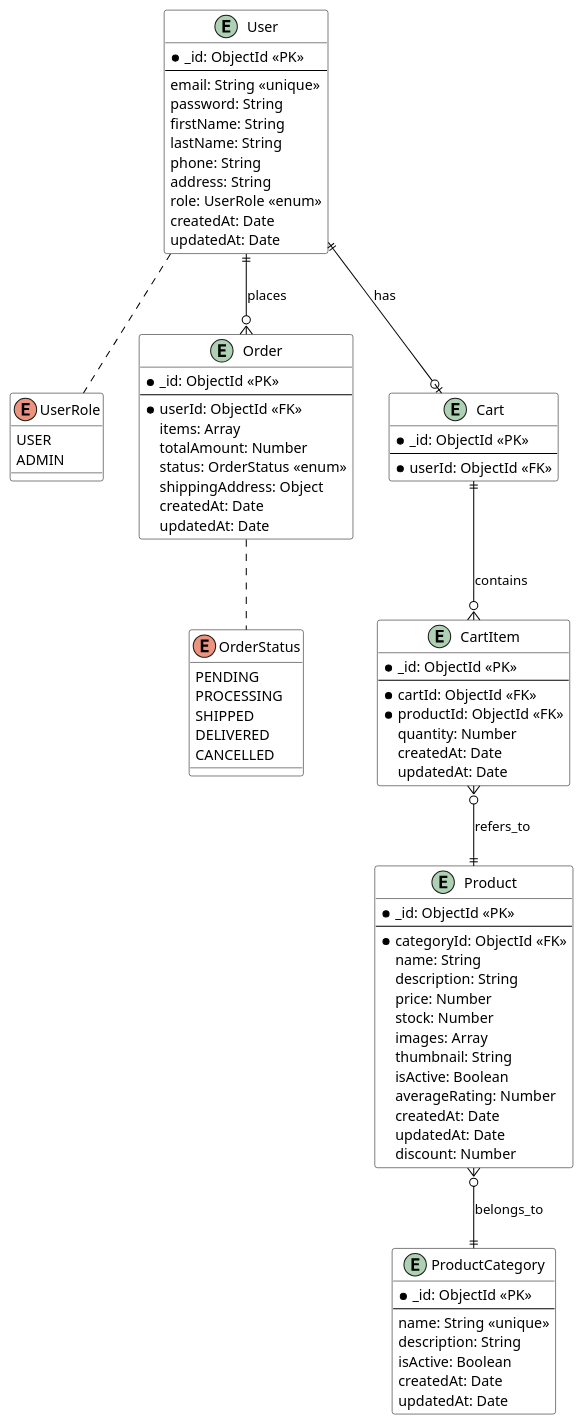
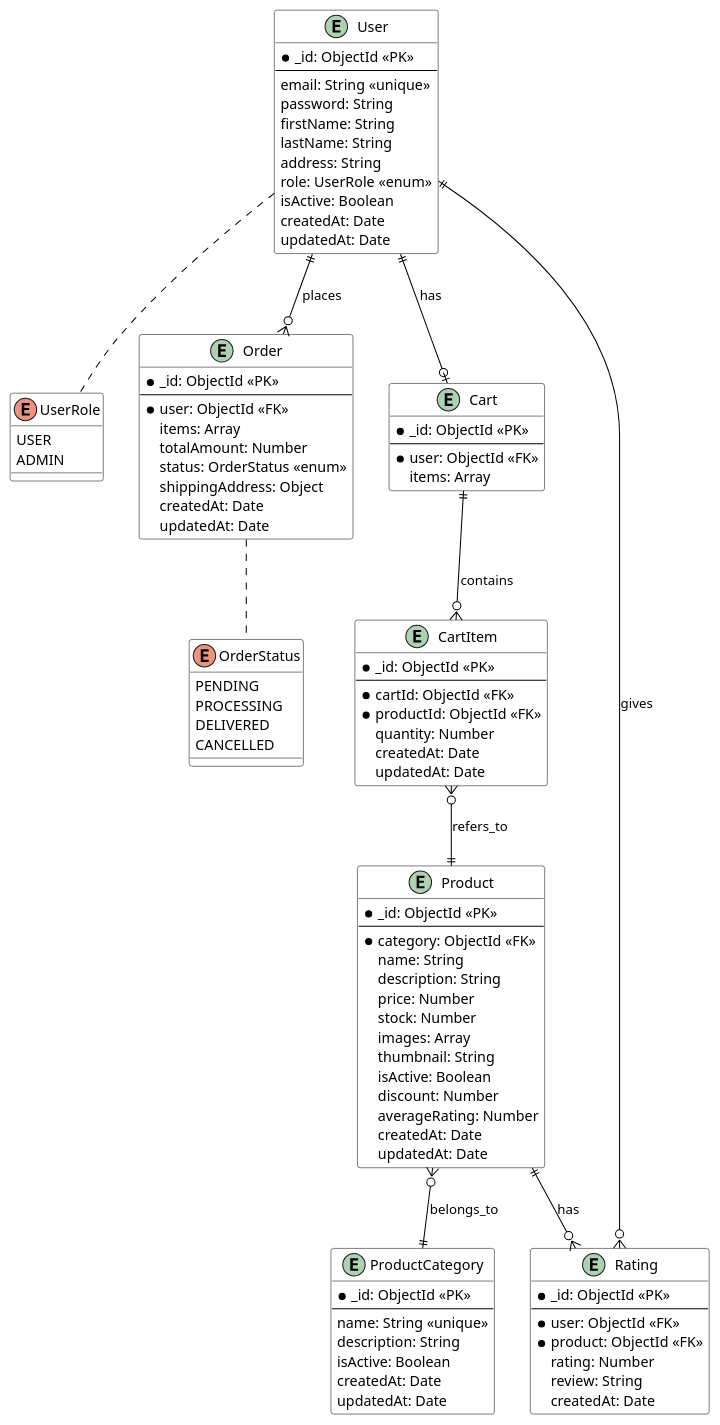
Before and after one commit to phongth803/tichhop: the diagram in erd.pu, drawn with PlantUML.

Commit message:
TH-31 | My order user, rating
update erd

```diff
--- a/erd.pu
+++ b/erd.pu
@@ -1,105 +1,117 @@
 @startuml
 
 ' Định nghĩa style
 skinparam class {
     BackgroundColor White
     ArrowColor Black
     BorderColor Black
 }
 
 ' Định nghĩa enum
 enum UserRole {
     USER
     ADMIN
 }
 
 enum OrderStatus {
     PENDING
     PROCESSING
-    SHIPPED
     DELIVERED
     CANCELLED
 }
 
 ' Định nghĩa entities
 entity "User" {
     *_id: ObjectId <<PK>>
     --
     email: String <<unique>>
     password: String
     firstName: String
     lastName: String
-    phone: String
     address: String
     role: UserRole <<enum>>
+    isActive: Boolean
     createdAt: Date
     updatedAt: Date
 }
 
 entity "Product" {
     *_id: ObjectId <<PK>>
     --
-    *categoryId: ObjectId <<FK>>
+    *category: ObjectId <<FK>>
     name: String
     description: String
     price: Number
     stock: Number
     images: Array
     thumbnail: String
     isActive: Boolean
+    discount: Number
     averageRating: Number
     createdAt: Date
     updatedAt: Date
-    discount: Number
 }
 
 entity "ProductCategory" {
     *_id: ObjectId <<PK>>
     --
     name: String <<unique>>
     description: String
     isActive: Boolean
     createdAt: Date
     updatedAt: Date
 }
 
 entity "Order" {
     *_id: ObjectId <<PK>>
     --
-    *userId: ObjectId <<FK>>
+    *user: ObjectId <<FK>>
     items: Array
     totalAmount: Number
     status: OrderStatus <<enum>>
     shippingAddress: Object
     createdAt: Date
     updatedAt: Date
 }
 
 entity "Cart" {
     *_id: ObjectId <<PK>>
     --
-    *userId: ObjectId <<FK>>
+    *user: ObjectId <<FK>>
+    items: Array
 }
 
 entity "CartItem" {
     *_id: ObjectId <<PK>>
     --
     *cartId: ObjectId <<FK>>
     *productId: ObjectId <<FK>>
     quantity: Number
     createdAt: Date
     updatedAt: Date
 }
 
+entity "Rating" {
+    *_id: ObjectId <<PK>>
+    --
+    *user: ObjectId <<FK>>
+    *product: ObjectId <<FK>>
+    rating: Number
+    review: String
+    createdAt: Date
+}
+
 ' Định nghĩa relationships chính
 User ||--o{ Order : places
 User ||--o| Cart : has
 Product }o--|| ProductCategory : belongs_to
 Cart ||--o{ CartItem : contains
 CartItem }o--|| Product : refers_to
+Product ||--o{ Rating : has
+User ||--o{ Rating : gives
 
 ' Định nghĩa relationships với enum
 User .. UserRole
 Order .. OrderStatus
 
 @enduml 
```
